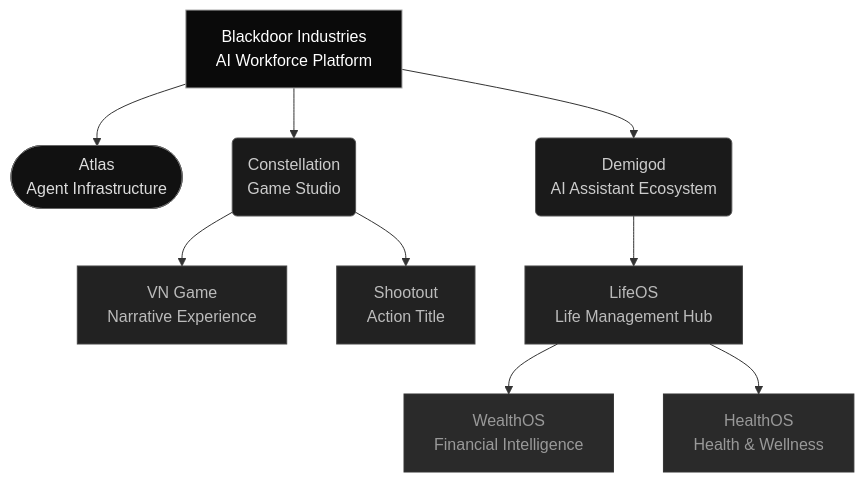
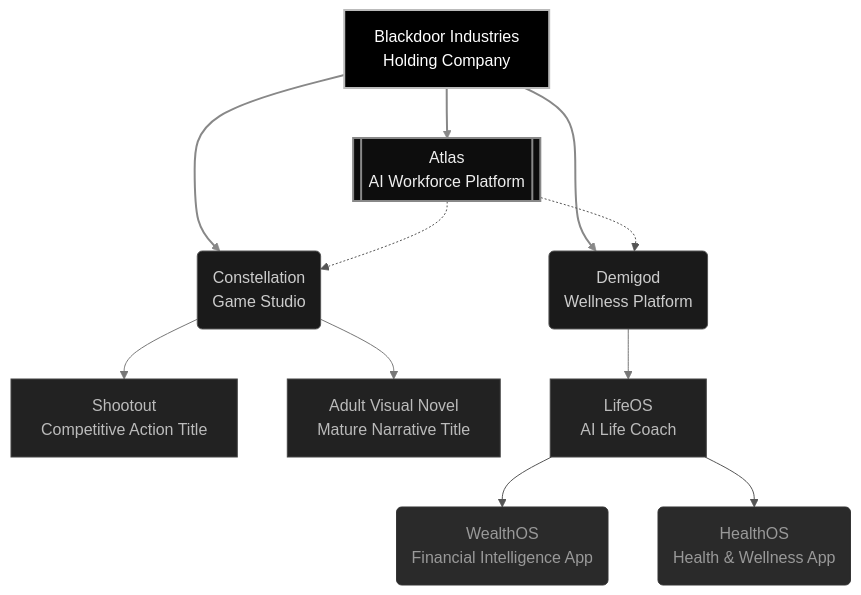
One commit to Blackdoor-Industries/.github changed the first of 2 diagrams in profile/README.md. Above: the diagram before and after it, drawn with Mermaid. The commit also changed other lines of this file, not shown here.

Commit message:
docs: refine org diagram and subsidiary descriptions
- Blackdoor reframed as holding company; Atlas promoted as core IP and the AI Workforce Platform
- Atlas uses subroutine node shape to signal platform/engine role; dashed arrows to CONST/DEMI show enables vs owns relationship
- Switched from individual style lines to classDef + linkStyle for hierarchy-aware, maintainable styling
- Shootout listed before Adult Visual Novel; VN relabeled explicitly as mature title
- Demigod reframed as wellness platform; LifeOS as AI life coach; WealthOS/HealthOS described as standalone apps with native LifeOS integration model

````diff
--- a/profile/README.md
+++ b/profile/README.md
@@ -41,31 +41,40 @@
 ```mermaid
 graph TD
-    BD["Blackdoor Industries<br/>AI Workforce Platform"]
-    ATLAS(["Atlas<br/>Agent Infrastructure"])
+    BD["Blackdoor Industries<br/>Holding Company"]
+    ATLAS[["Atlas<br/>AI Workforce Platform"]]
     CONST("Constellation<br/>Game Studio")
-    DEMI("Demigod<br/>AI Assistant Ecosystem")
-    VN["VN Game<br/>Narrative Experience"]
-    SHOOT["Shootout<br/>Action Title"]
-    LIFE["LifeOS<br/>Life Management Hub"]
-    WEALTH["WealthOS<br/>Financial Intelligence"]
-    HEALTH["HealthOS<br/>Health & Wellness"]
+    DEMI("Demigod<br/>Wellness Platform")
+    SHOOT["Shootout<br/>Competitive Action Title"]
+    VN["Adult Visual Novel<br/>Mature Narrative Title"]
+    LIFE["LifeOS<br/>AI Life Coach"]
+    WEALTH("WealthOS<br/>Financial Intelligence App")
+    HEALTH("HealthOS<br/>Health & Wellness App")
 
     BD --> ATLAS
     BD --> CONST
     BD --> DEMI
+    ATLAS -.-> CONST
+    ATLAS -.-> DEMI
+    CONST --> SHOOT
     CONST --> VN
-    CONST --> SHOOT
     DEMI --> LIFE
     LIFE --> WEALTH
     LIFE --> HEALTH
 
-    style BD fill:#0a0a0a,stroke:#aaa,color:#fff
-    style ATLAS fill:#111,stroke:#666,color:#ddd
-    style CONST fill:#1a1a1a,stroke:#555,color:#ccc
-    style DEMI fill:#1a1a1a,stroke:#555,color:#ccc
-    style VN fill:#222,stroke:#444,color:#bbb
-    style SHOOT fill:#222,stroke:#444,color:#bbb
-    style LIFE fill:#222,stroke:#444,color:#bbb
-    style WEALTH fill:#2a2a2a,stroke:#333,color:#999
-    style HEALTH fill:#2a2a2a,stroke:#333,color:#999
+    classDef holding fill:#000,stroke:#bbb,stroke-width:2px,color:#fff
+    classDef platform fill:#0d0d0d,stroke:#888,stroke-width:2px,color:#eee
+    classDef subsidiary fill:#1a1a1a,stroke:#555,color:#ccc
+    classDef product fill:#222,stroke:#444,color:#bbb
+    classDef module fill:#2a2a2a,stroke:#333,color:#999
+
+    class BD holding
+    class ATLAS platform
+    class CONST,DEMI subsidiary
+    class SHOOT,VN,LIFE product
+    class WEALTH,HEALTH module
+
+    linkStyle 0,1,2 stroke:#888,stroke-width:2px
+    linkStyle 3,4 stroke:#555,stroke-width:1px
+    linkStyle 5,6,7 stroke:#777,stroke-width:1px
+    linkStyle 8,9 stroke:#555,stroke-width:1px
 ```
````
